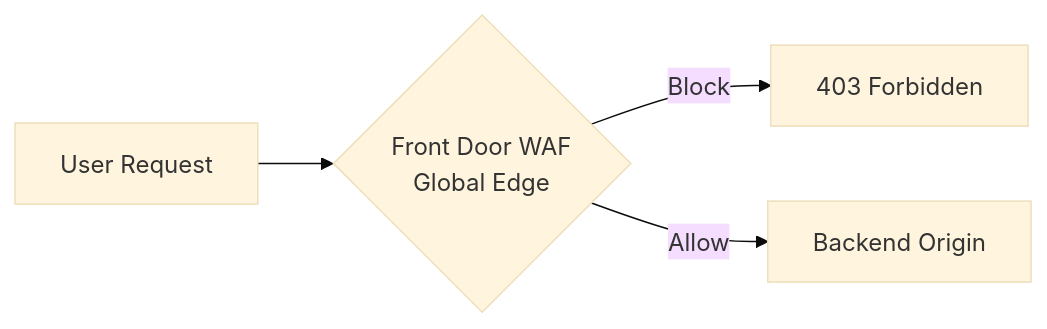
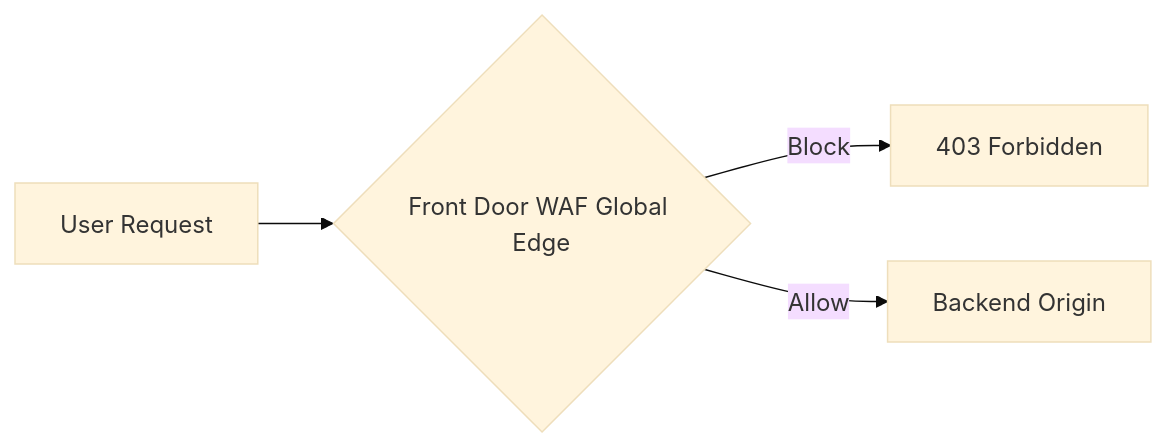
One commit to SoniiiT/notes-n-docs changed the fifth of 6 diagrams in Microsoft 365/Azure/Netzwerk/Azure Front Door.md. Above: the diagram before and after it, drawn with Mermaid (base theme). The commit also changed other lines of this file and 124 other files, not shown here.

First line of the commit message:
fix: Entferne \n aus allen Mermaid-Diagrammen (125 Dateien)

````diff
--- a/Microsoft 365/Azure/Netzwerk/Azure Front Door.md
+++ b/Microsoft 365/Azure/Netzwerk/Azure Front Door.md
@@ -201,6 +201,6 @@
 ```mermaid
 graph LR
-    USER[User Request] --> FD_WAF{Front Door WAF\nGlobal Edge}
+    USER[User Request] --> FD_WAF{Front Door WAF Global Edge}
     FD_WAF -->|Block| DROP[403 Forbidden]
     FD_WAF -->|Allow| ORIGIN[Backend Origin]
 ```
````
